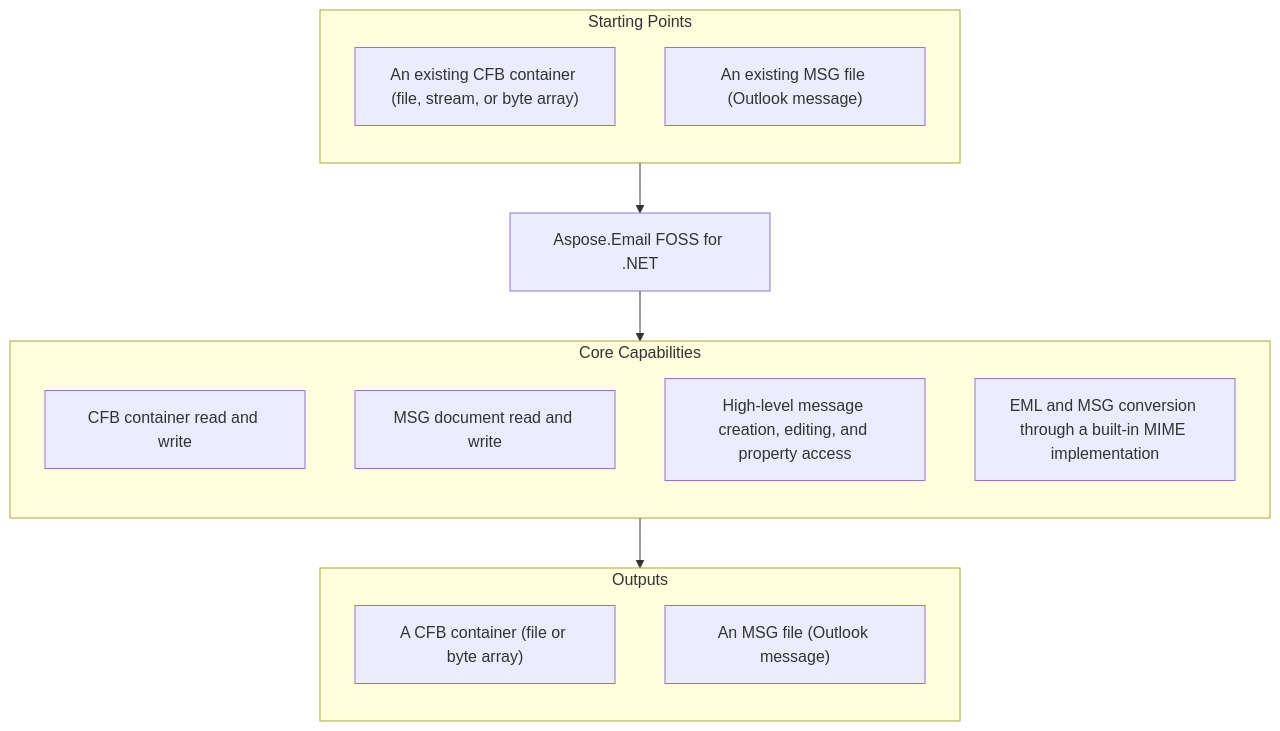
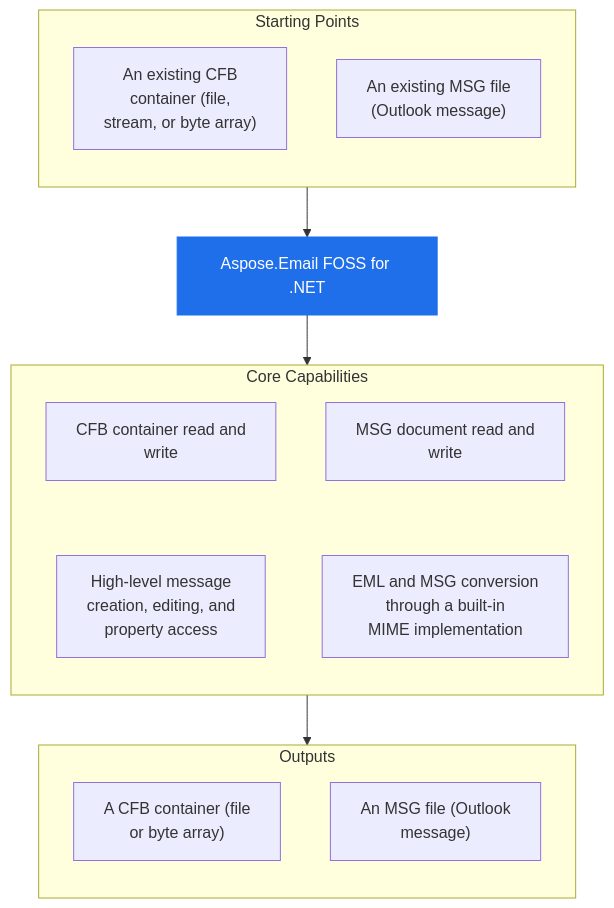
The diagram in 59125b4732df0eedbc4d4c2ab978698ed4348eb7/README.md (babar-raza/repo-presenter), drawn with Mermaid before and after one commit. The commit also changed 6 other files, not shown here.

````diff
--- a/59125b4732df0eedbc4d4c2ab978698ed4348eb7/README.md
+++ b/59125b4732df0eedbc4d4c2ab978698ed4348eb7/README.md
@@ -30,22 +30,26 @@
 ```mermaid
-flowchart TD
+flowchart TB
   subgraph StartingPoints["Starting Points"]
     direction TB
-    i1["An existing CFB container (file, stream, or byte array)"]
-    i2["An existing MSG file (Outlook message)"]
+    i1["An existing CFB<br/>container (file,<br/>stream, or byte array)"]
+    i2["An existing MSG file<br/>(Outlook message)"]
   end
   PRODUCT["Aspose.Email FOSS for .NET"]
   subgraph Capabilities["Core Capabilities"]
     direction TB
-    c1["CFB container read and write"]
-    c2["MSG document read and write"]
-    c3["High-level message creation, editing, and property access"]
-    c4["EML and MSG conversion through a built-in MIME implementation"]
+    c1["CFB container read and<br/>write"]
+    c2["MSG document read and<br/>write"]
+    c3["High-level message<br/>creation, editing, and<br/>property access"]
+    c4["EML and MSG conversion<br/>through a built-in<br/>MIME implementation"]
+    c1 ~~~ c3
+    c2 ~~~ c4
   end
   subgraph Outputs["Outputs"]
     direction TB
-    o1["A CFB container (file or byte array)"]
-    o2["An MSG file (Outlook message)"]
+    o1["A CFB container (file<br/>or byte array)"]
+    o2["An MSG file (Outlook<br/>message)"]
   end
   StartingPoints --> PRODUCT --> Capabilities --> Outputs
+  classDef product fill:#1f6feb,stroke:#1f6feb,color:#ffffff
+  class PRODUCT product
 ```
````
